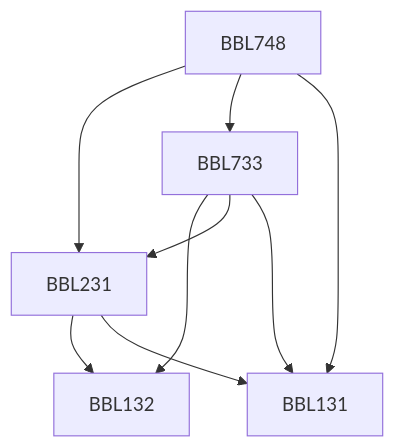
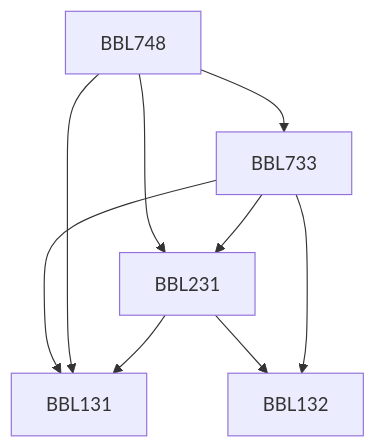
One commit to KeshavBansal0122/CoS_Website changed the diagram in content/Biochemical Engineering and Biotechnology/BBL748.md. Above: the diagram before and after it, drawn with Mermaid. The commit also changed other lines of this file and 2667 other files, not shown here.

````diff
--- a/content/Biochemical Engineering and Biotechnology/BBL748.md
+++ b/content/Biochemical Engineering and Biotechnology/BBL748.md
@@ -15,15 +13,15 @@
 ```mermaid
 flowchart TD
-BBL748-55[BBL748]
-BBL748-55 --> BBL231-55[BBL231]
-BBL231-55 --> BBL132-55[BBL132]
-BBL733-55 --> BBL132-55[BBL132]
-BBL748-55 --> BBL733-55[BBL733]
-BBL733-55 --> BBL231-55[BBL231]
-BBL733-55 --> BBL131-55[BBL131]
-BBL231-55 --> BBL131-55[BBL131]
-BBL748-55 --> BBL131-55[BBL131]
+BBL748-93[BBL748]
+BBL733-93 --> BBL131-93[BBL131]
+BBL748-93 --> BBL733-93[BBL733]
+BBL231-93 --> BBL132-93[BBL132]
+BBL748-93 --> BBL231-93[BBL231]
+BBL733-93 --> BBL132-93[BBL132]
+BBL748-93 --> BBL131-93[BBL131]
+BBL231-93 --> BBL131-93[BBL131]
+BBL733-93 --> BBL231-93[BBL231]
 
 classDef empty height:17px, fill:transparent, stroke:transparent;
 classDef trueEmpty height:0px, width:0px;
 ```
````
